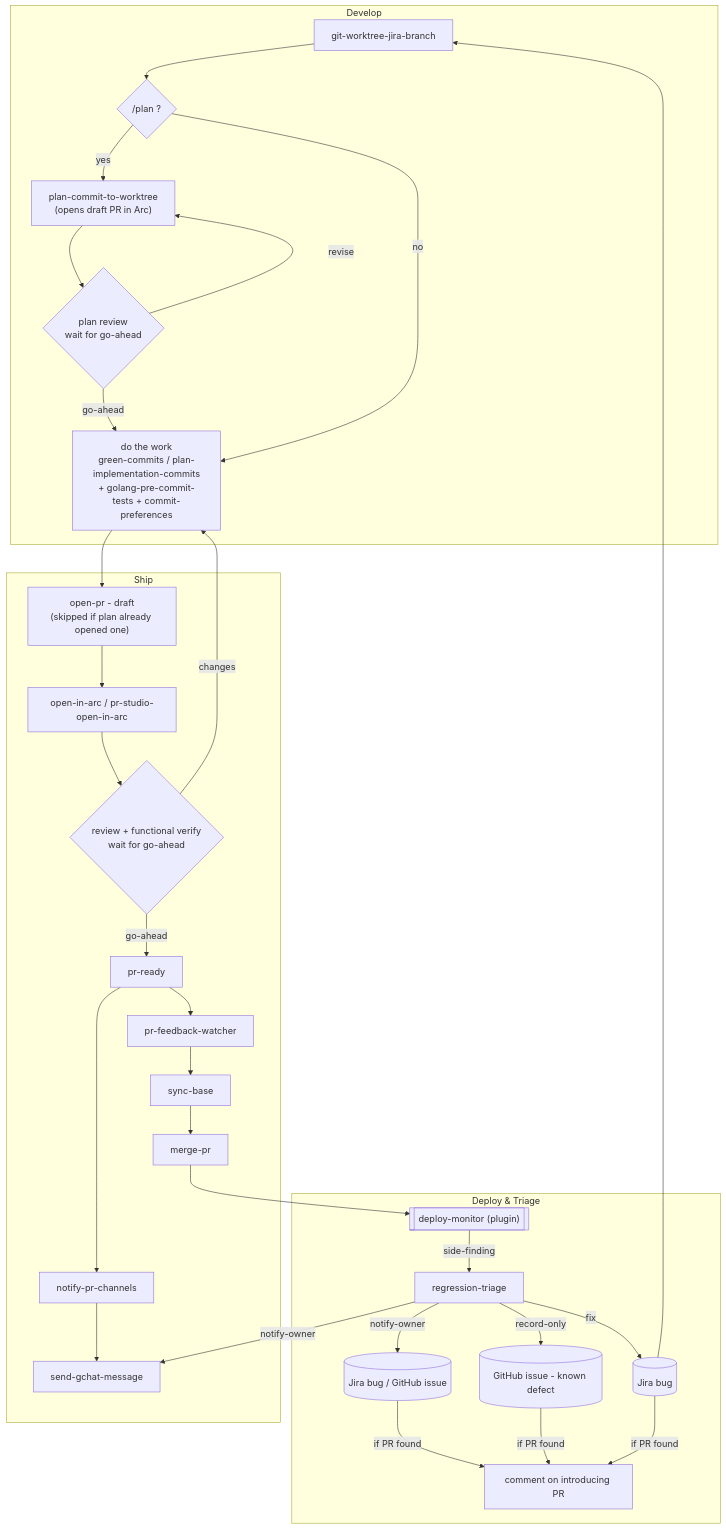
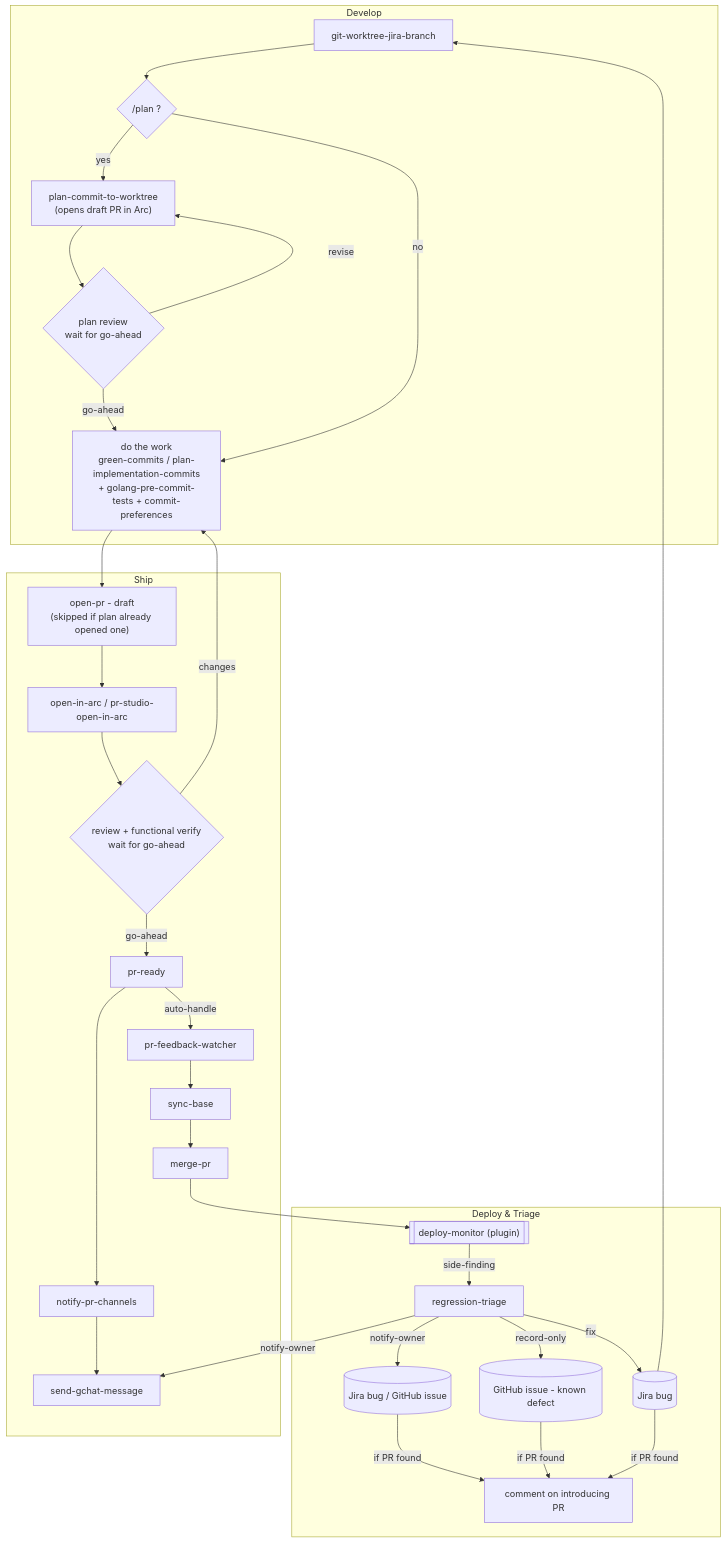
One commit to benjfactor/dotfiles changed the diagram in claude/skills/README.md. Above: the diagram before and after it, drawn with Mermaid. The commit also changed other lines of this file and 2 other files, not shown here.

Commit message:
feat(skills): pr-ready hands off to pr-feedback-watcher
The README diagram promised the handoff but pr-ready never started the
watcher, so ready PRs went unwatched. The watcher auto-handles feedback and
only notifies when it needs a decision; it still never merges.

````diff
--- a/claude/skills/README.md
+++ b/claude/skills/README.md
@@ -31,47 +31,47 @@
 ```mermaid
 flowchart TD
     subgraph Develop
         WT[git-worktree-jira-branch]
         PLAN{"/plan ?"}
         PCW["plan-commit-to-worktree<br/>(opens draft PR in Arc)"]
         PGATE{"plan review<br/>wait for go-ahead"}
         WORK["do the work<br/>green-commits / plan-implementation-commits<br/>+ golang-pre-commit-tests + commit-preferences"]
     end
     subgraph Ship
         DRAFT["open-pr - draft<br/>(skipped if plan already opened one)"]
         ARC[open-in-arc / pr-studio-open-in-arc]
         WGATE{"review + functional verify<br/>wait for go-ahead"}
         READY[pr-ready]
         NOTIFY[notify-pr-channels]
         GCHAT[send-gchat-message]
         FB[pr-feedback-watcher]
         SYNC[sync-base]
         MERGE[merge-pr]
     end
     subgraph DeployTriage["Deploy & Triage"]
         DM[["deploy-monitor (plugin)"]]
         RT[regression-triage]
         JIRA[(Jira bug)]
         TRACKER[(Jira bug / GitHub issue)]
         KNOWN[(GitHub issue - known defect)]
         PRC[comment on introducing PR]
     end
 
     WT --> PLAN
     PLAN -- yes --> PCW --> PGATE
     PGATE -- go-ahead --> WORK
     PGATE -- revise --> PCW
     PLAN -- no --> WORK
     WORK --> DRAFT --> ARC --> WGATE
     WGATE -- go-ahead --> READY
     WGATE -- changes --> WORK
     READY --> NOTIFY --> GCHAT
-    READY --> FB
+    READY -- auto-handle --> FB
     FB --> SYNC --> MERGE --> DM
     DM -- side-finding --> RT
     RT -- notify-owner --> GCHAT
     RT -- notify-owner --> TRACKER
     RT -- record-only --> KNOWN
     RT -- fix --> JIRA --> WT
     JIRA & TRACKER & KNOWN -- if PR found --> PRC
 ```
````
